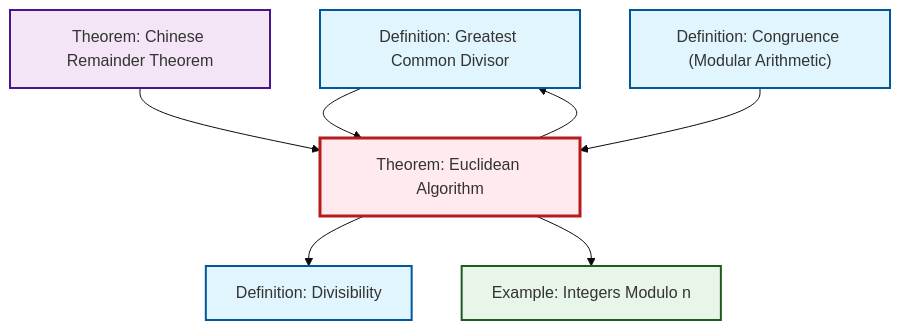
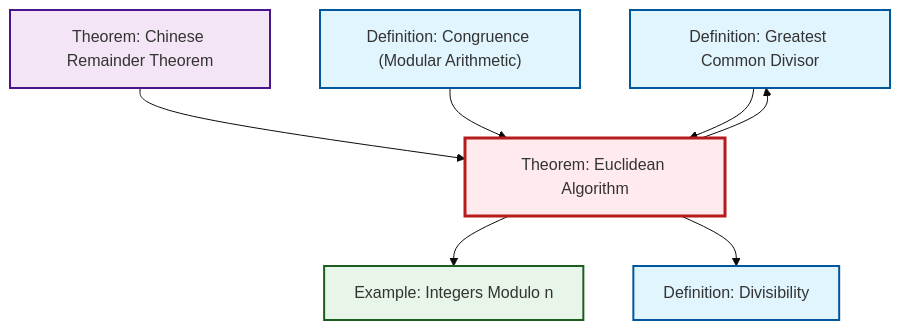
One commit to RK0429/ModernMath changed the second of 2 diagrams in content/en/number-theory/thm-euclidean-algorithm.qmd. Above: the diagram before and after it, drawn with Mermaid (base theme). The commit also changed other lines of this file and 619 other files, not shown here.

````diff
--- a/content/en/number-theory/thm-euclidean-algorithm.qmd
+++ b/content/en/number-theory/thm-euclidean-algorithm.qmd
@@ -95,27 +95,27 @@
 ```{mermaid}
 %%| fig-cap: "Local dependency graph"
 graph TD
     classDef definition fill:#e1f5fe,stroke:#01579b,stroke-width:2px
     classDef theorem fill:#f3e5f5,stroke:#4a148c,stroke-width:2px
     classDef axiom fill:#fff3e0,stroke:#e65100,stroke-width:2px
     classDef example fill:#e8f5e9,stroke:#1b5e20,stroke-width:2px
     classDef current fill:#ffebee,stroke:#b71c1c,stroke-width:3px
-    ex-quotient-integers-mod-n["Example: Integers Modulo n"]:::example
+    def-divisibility["Definition: Divisibility"]:::definition
     def-gcd["Definition: Greatest Common Divisor"]:::definition
     def-congruence["Definition: Congruence (Modular Arithmetic)"]:::definition
+    thm-euclidean-algorithm["Theorem: Euclidean Algorithm"]:::theorem
+    ex-quotient-integers-mod-n["Example: Integers Modulo n"]:::example
     thm-chinese-remainder["Theorem: Chinese Remainder Theorem"]:::theorem
-    thm-euclidean-algorithm["Theorem: Euclidean Algorithm"]:::theorem
-    def-divisibility["Definition: Divisibility"]:::definition
+    thm-chinese-remainder --> thm-euclidean-algorithm
+    def-congruence --> thm-euclidean-algorithm
+    thm-euclidean-algorithm --> def-gcd
+    def-gcd --> thm-euclidean-algorithm
+    thm-euclidean-algorithm --> ex-quotient-integers-mod-n
     thm-euclidean-algorithm --> def-divisibility
-    def-gcd --> thm-euclidean-algorithm
-    thm-euclidean-algorithm --> def-gcd
-    thm-chinese-remainder --> thm-euclidean-algorithm
-    thm-euclidean-algorithm --> ex-quotient-integers-mod-n
-    def-congruence --> thm-euclidean-algorithm
     class thm-euclidean-algorithm current
-    click ex-quotient-integers-mod-n "ex-quotient-integers-mod-n.html" "Go to Integers Modulo n example"
+    click def-divisibility "def-divisibility.html" "Go to Divisibility definition"
     click def-gcd "def-gcd.html" "Go to Greatest Common Divisor definition"
     click def-congruence "def-congruence.html" "Go to Congruence (Modular Arithmetic) definition"
+    click ex-quotient-integers-mod-n "ex-quotient-integers-mod-n.html" "Go to Integers Modulo n example"
     click thm-chinese-remainder "thm-chinese-remainder.html" "Go to Chinese Remainder Theorem theorem"
-    click def-divisibility "def-divisibility.html" "Go to Divisibility definition"
 ```
````
